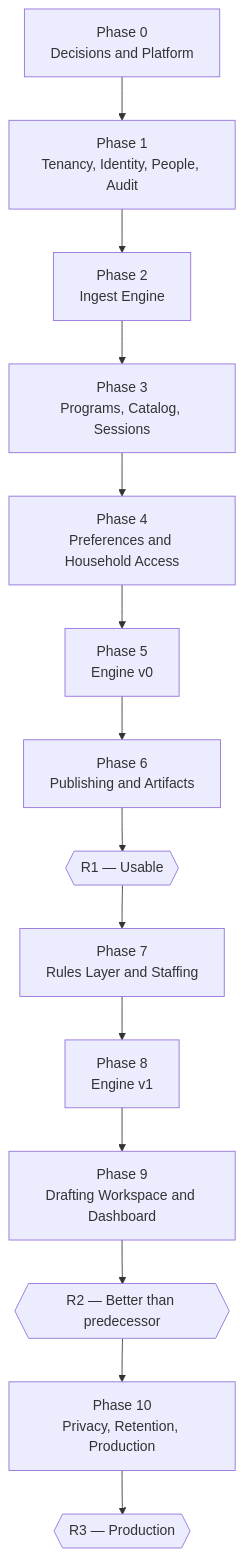
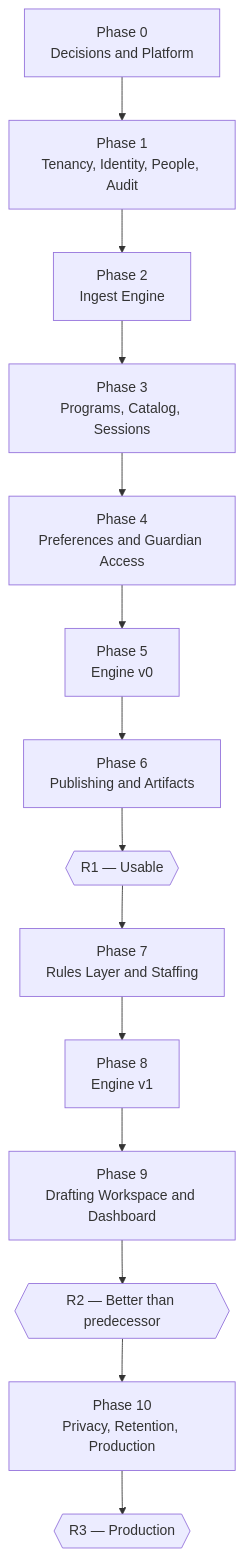
One commit to christophergm/miniclass changed the diagram in PLAN.md. Above: the diagram before and after it, drawn with Mermaid. The commit also changed other lines of this file and 47 other files, not shown here.

````diff
--- a/PLAN.md
+++ b/PLAN.md
@@ -108,16 +128,16 @@
 ```mermaid
 graph TD
     P0["Phase 0<br/>Decisions and Platform"] --> P1["Phase 1<br/>Tenancy, Identity, People, Audit"]
     P1 --> P2["Phase 2<br/>Ingest Engine"]
     P2 --> P3["Phase 3<br/>Programs, Catalog, Sessions"]
-    P3 --> P4["Phase 4<br/>Preferences and Household Access"]
+    P3 --> P4["Phase 4<br/>Preferences and Guardian Access"]
     P4 --> P5["Phase 5<br/>Engine v0"]
     P5 --> P6["Phase 6<br/>Publishing and Artifacts"]
     P6 --> R1{{"R1 — Usable"}}
     R1 --> P7["Phase 7<br/>Rules Layer and Staffing"]
     P7 --> P8["Phase 8<br/>Engine v1"]
     P8 --> P9["Phase 9<br/>Drafting Workspace and Dashboard"]
     P9 --> R2{{"R2 — Better than predecessor"}}
     R2 --> P10["Phase 10<br/>Privacy, Retention, Production"]
     P10 --> R3{{"R3 — Production"}}
 ```
````
